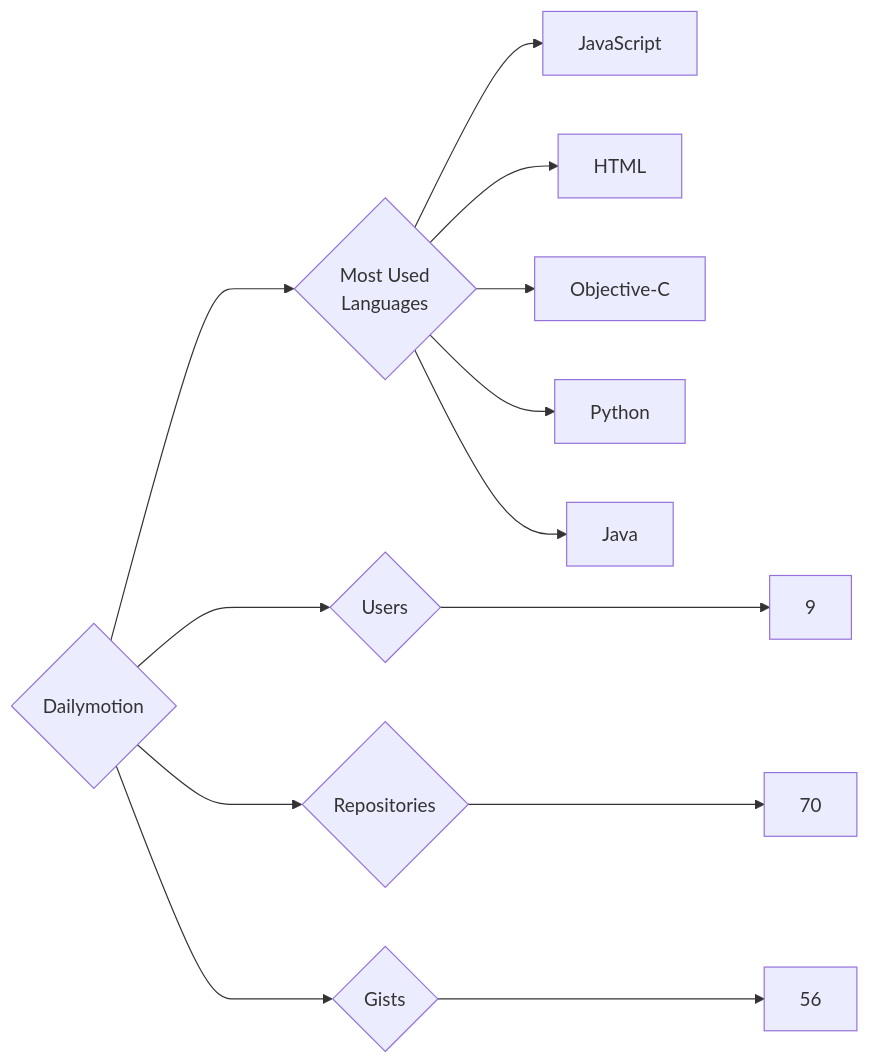
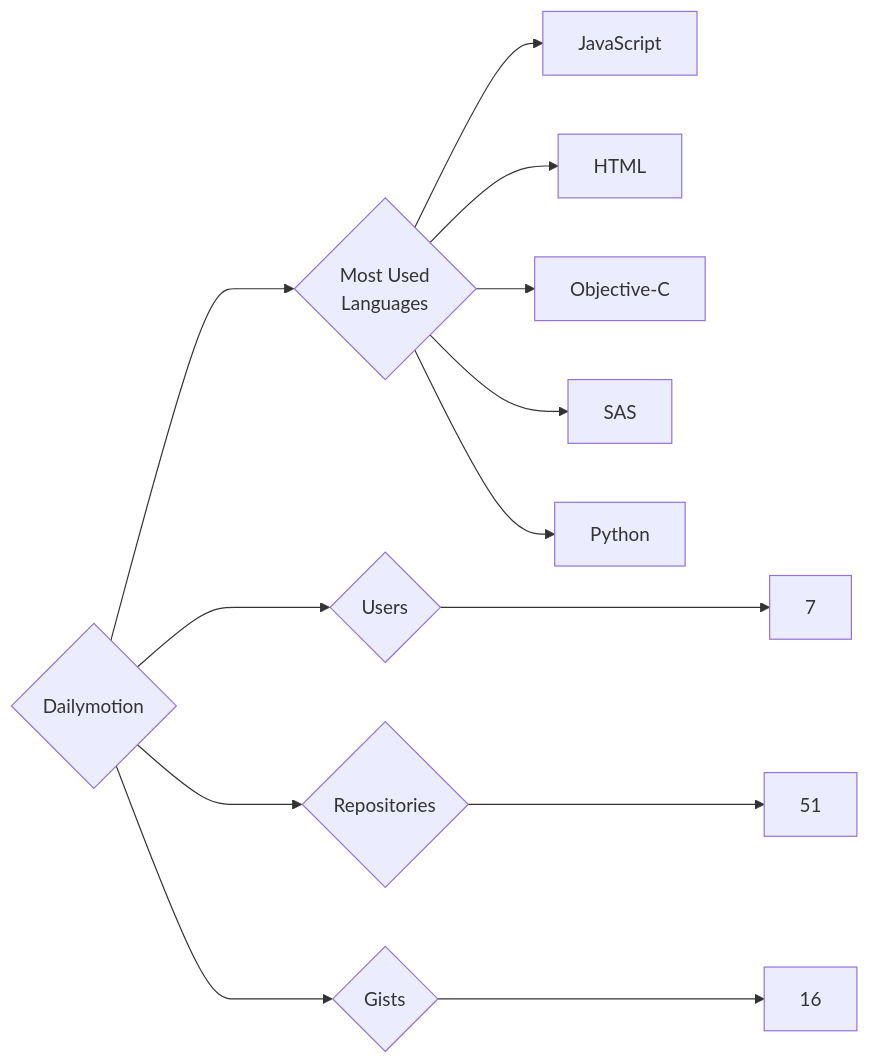
Before and after one commit to trickest/insiders: the diagram in targets/Dailymotion/README.md, drawn with Mermaid. The commit also changed 1020 other files, not shown here.

````diff
--- a/targets/Dailymotion/README.md
+++ b/targets/Dailymotion/README.md
@@ -3,13 +3,13 @@
 ```mermaid
 graph LR
 COMPANY_NAME{Dailymotion}
-COMPANY_NAME ---> U{Users} ---> UN[9]
-COMPANY_NAME ---> R{Repositories} ---> RN[70]
-COMPANY_NAME ---> G{Gists} ---> GN[56]
+COMPANY_NAME ---> U{Users} ---> UN[7]
+COMPANY_NAME ---> R{Repositories} ---> RN[51]
+COMPANY_NAME ---> G{Gists} ---> GN[16]
 COMPANY_NAME ---> ML{Most Used<br>Languages}
 ML --> JavaScript[JavaScript]
 ML --> HTML[HTML]
 ML --> Objective-C[Objective-C]
+ML --> SAS[SAS]
 ML --> Python[Python]
-ML --> Java[Java]
 ```
````
